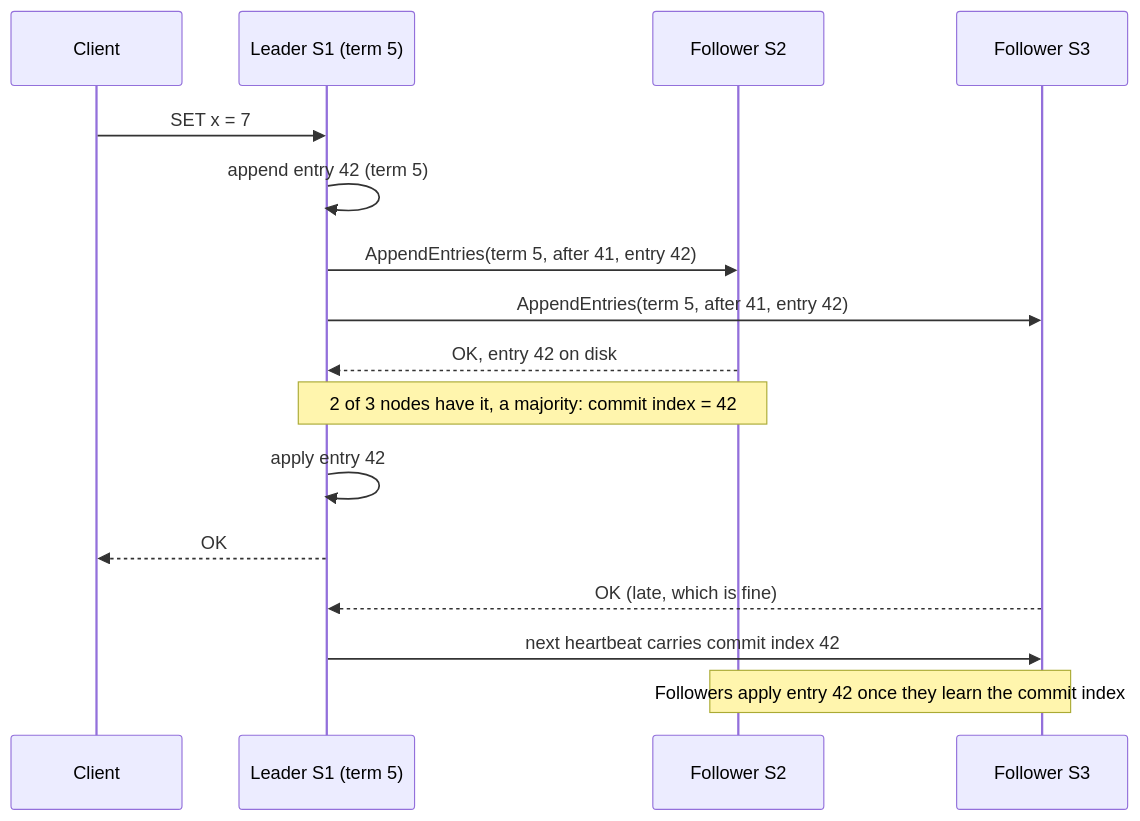
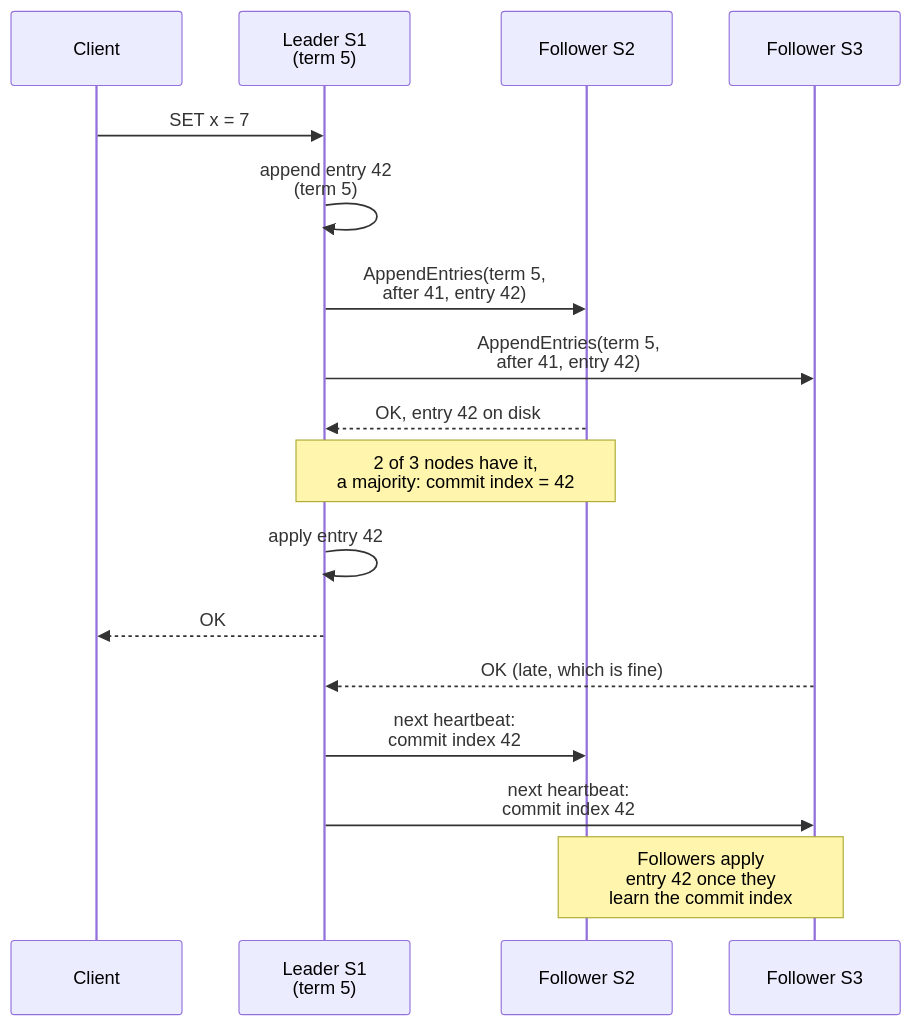
The first of 2 diagrams in src/content/docs/fundamentals/consensus-and-coordination.mdx (butyavk/system-design), drawn with Mermaid before and after one commit. The commit also changed other lines of this file and 144 other files, not shown here.

````diff
--- a/src/content/docs/fundamentals/consensus-and-coordination.mdx
+++ b/src/content/docs/fundamentals/consensus-and-coordination.mdx
@@ -58,18 +58,19 @@
 ```mermaid
 sequenceDiagram
   participant C as Client
-  participant L as Leader S1 (term 5)
+  participant L as Leader S1<br/>(term 5)
   participant F2 as Follower S2
   participant F3 as Follower S3
   C->>L: SET x = 7
-  L->>L: append entry 42 (term 5)
-  L->>F2: AppendEntries(term 5, after 41, entry 42)
-  L->>F3: AppendEntries(term 5, after 41, entry 42)
+  L->>L: append entry 42<br/>(term 5)
+  L->>F2: AppendEntries(term 5,<br/>after 41, entry 42)
+  L->>F3: AppendEntries(term 5,<br/>after 41, entry 42)
   F2-->>L: OK, entry 42 on disk
-  Note over L,F2: 2 of 3 nodes have it, a majority: commit index = 42
+  Note over L,F2: 2 of 3 nodes have it,<br/>a majority: commit index = 42
   L->>L: apply entry 42
   L-->>C: OK
   F3-->>L: OK (late, which is fine)
-  L->>F3: next heartbeat carries commit index 42
-  Note over F2,F3: Followers apply entry 42 once they learn the commit index
+  L->>F2: next heartbeat:<br/>commit index 42
+  L->>F3: next heartbeat:<br/>commit index 42
+  Note over F2,F3: Followers apply<br/>entry 42 once they<br/>learn the commit index
 ```
````
